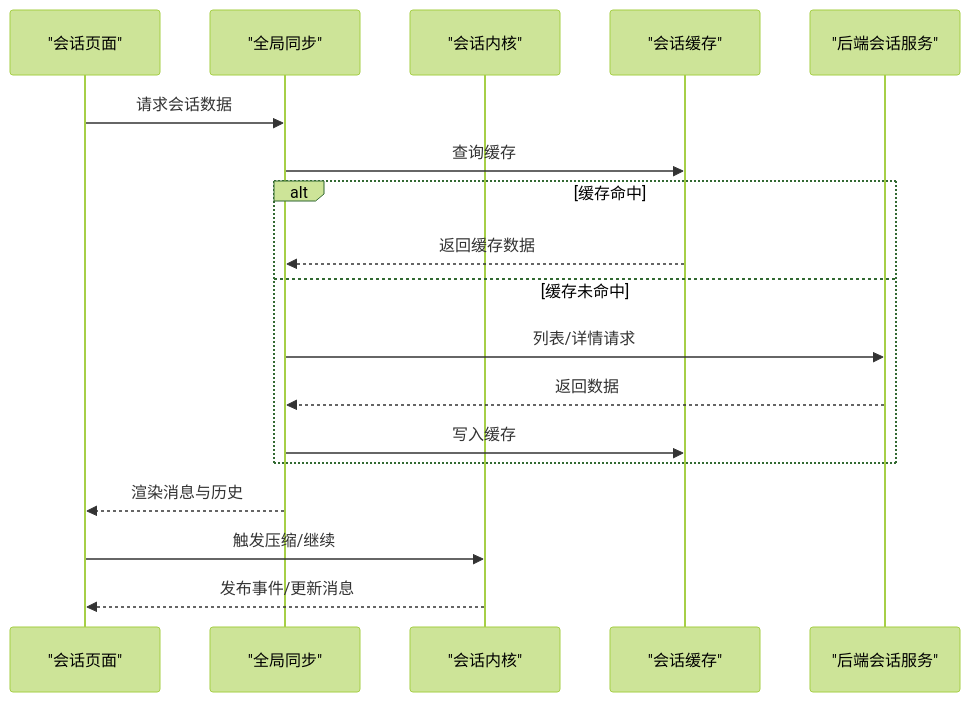
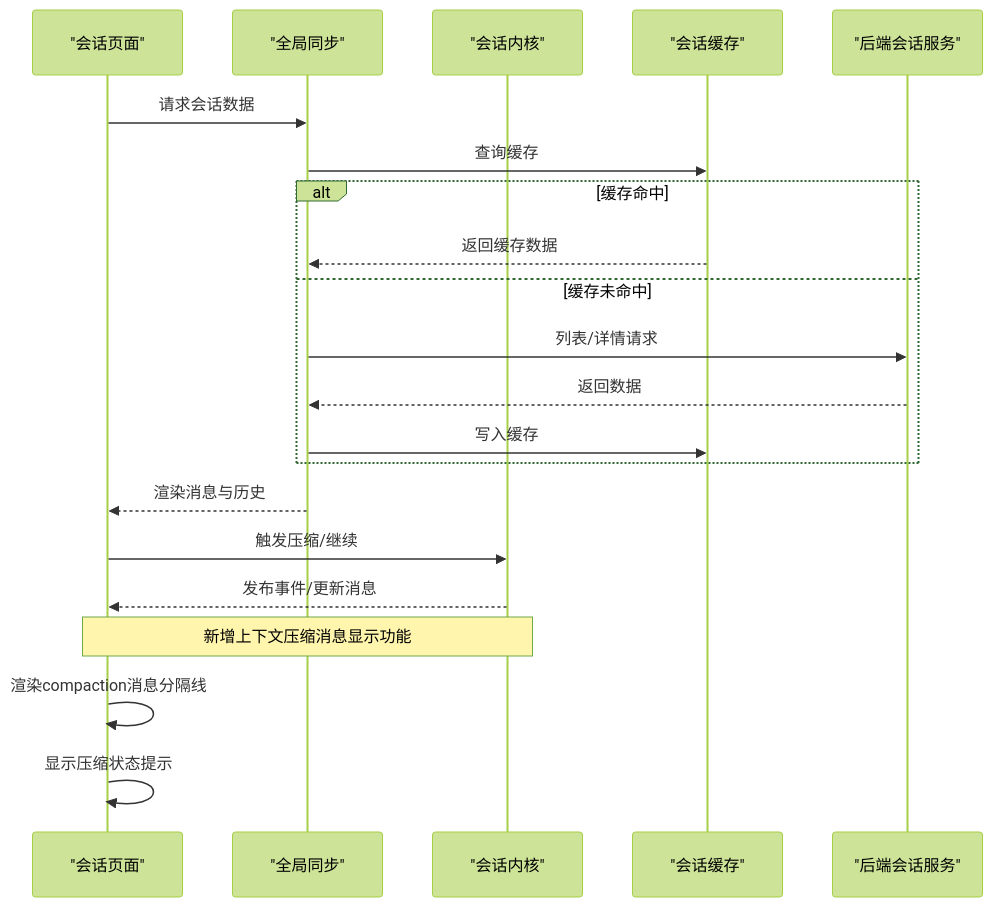
Before and after one commit to 89780012/opencode: the second of 11 diagrams in .lingma/repowiki/zh/content/核心概念/会话管理系统.md, drawn with Mermaid (forest theme). The commit also changed other lines of this file and 1 other file, not shown here.

````diff
--- a/.lingma/repowiki/zh/content/核心概念/会话管理系统.md
+++ b/.lingma/repowiki/zh/content/核心概念/会话管理系统.md
@@ -111,20 +152,23 @@
 ```mermaid
 sequenceDiagram
 participant UI as "会话页面"
 participant Sync as "全局同步"
 participant Kernel as "会话内核"
 participant Cache as "会话缓存"
 participant Srv as "后端会话服务"
 UI->>Sync : 请求会话数据
 Sync->>Cache : 查询缓存
 alt 缓存命中
 Cache-->>Sync : 返回缓存数据
 else 缓存未命中
 Sync->>Srv : 列表/详情请求
 Srv-->>Sync : 返回数据
 Sync->>Cache : 写入缓存
 end
 Sync-->>UI : 渲染消息与历史
 UI->>Kernel : 触发压缩/继续
 Kernel-->>UI : 发布事件/更新消息
+Note over UI,Kernel : 新增上下文压缩消息显示功能
+UI->>UI : 渲染compaction消息分隔线
+UI->>UI : 显示压缩状态提示
 ```
````
